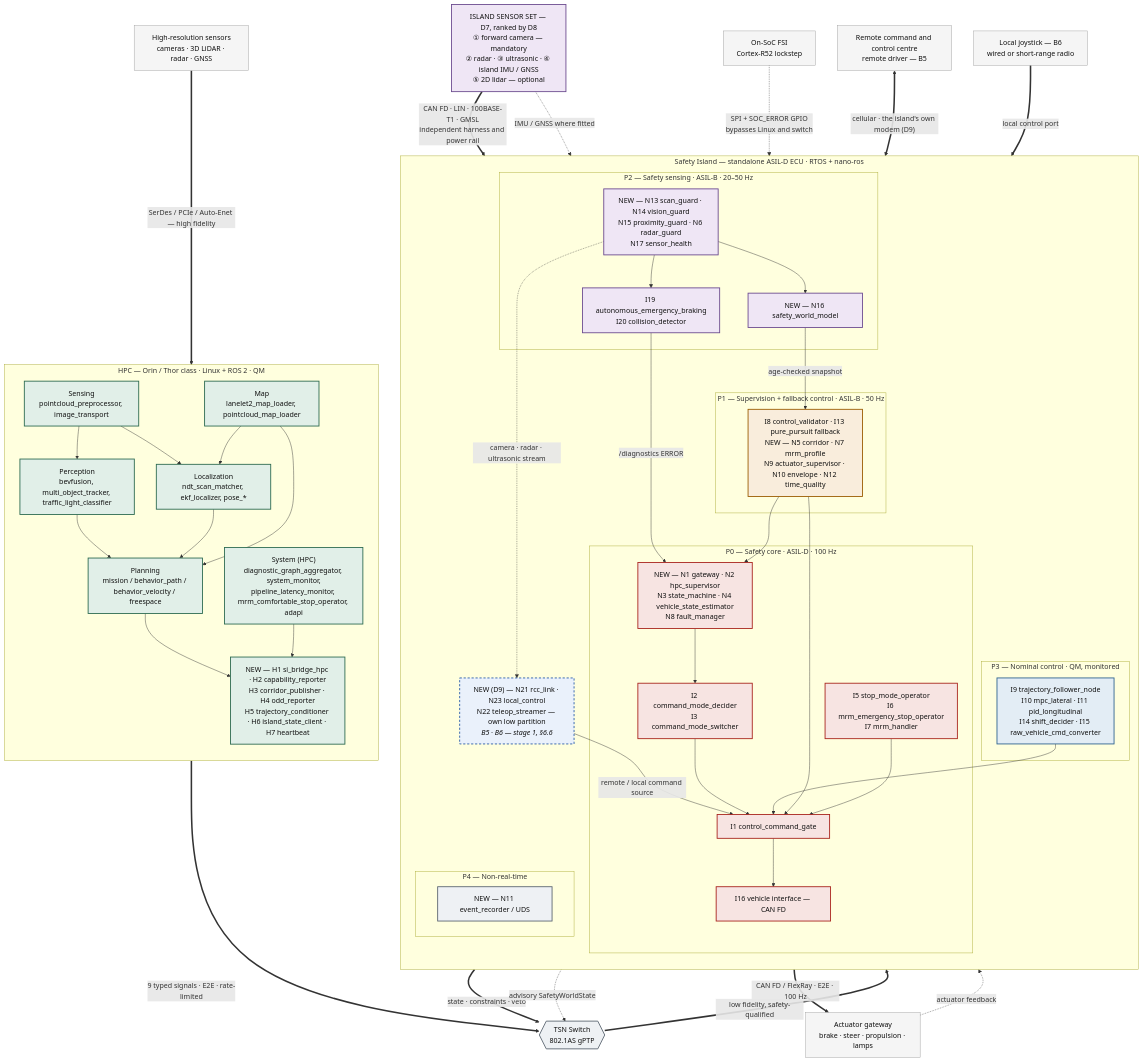
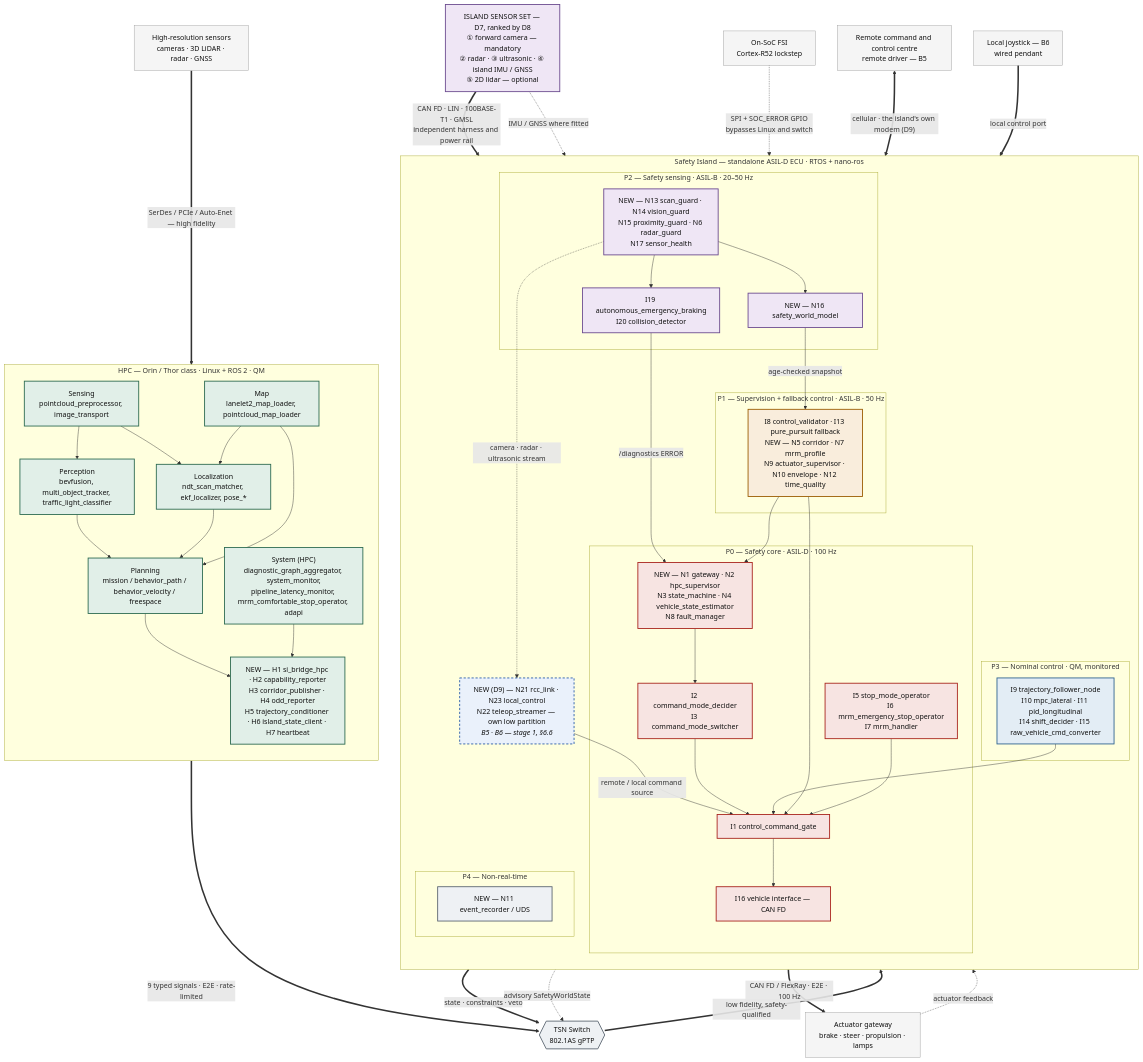
Before and after one commit to autowarefoundation/RFC_L4_SafetyIslandDesign: the ninth of 14 diagrams in docs/L4SafetyIsland_SoftwareDesign_GitHub.md, drawn with Mermaid. The commit also changed other lines of this file and 19 other files, not shown here.

```diff
--- a/docs/L4SafetyIsland_SoftwareDesign_GitHub.md
+++ b/docs/L4SafetyIsland_SoftwareDesign_GitHub.md
@@ -2976,7 +2994,7 @@
     ACT["Actuator gateway<br/>brake · steer · propulsion · lamps"]
     FSI["On-SoC FSI<br/>Cortex-R52 lockstep"]
     RCC["Remote command and control centre<br/>remote driver — B5"]
-    JOY["Local joystick — B6<br/>wired or short-range radio"]
+    JOY["Local joystick — B6<br/>wired pendant"]
 
     HSENS ==>|"SerDes / PCIe / Auto-Enet — high fidelity"| HPC
     ISENS ==>|"CAN FD · LIN · 100BASE-T1 · GMSL<br/>independent harness and power rail"| SENS
```
